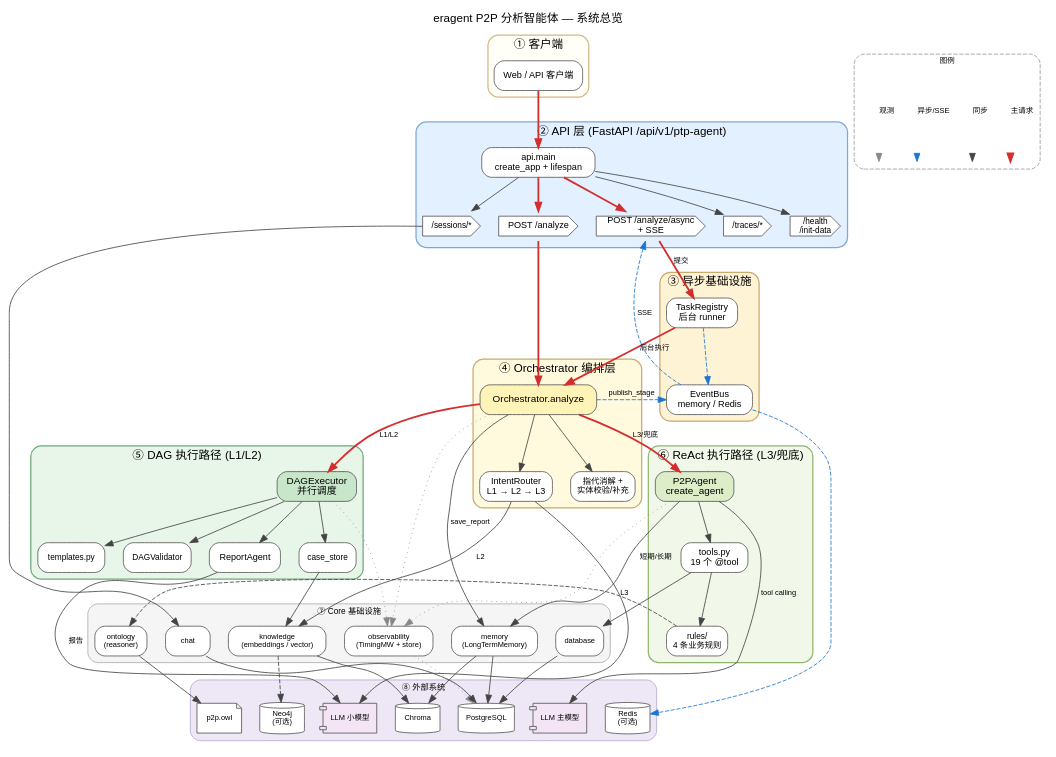
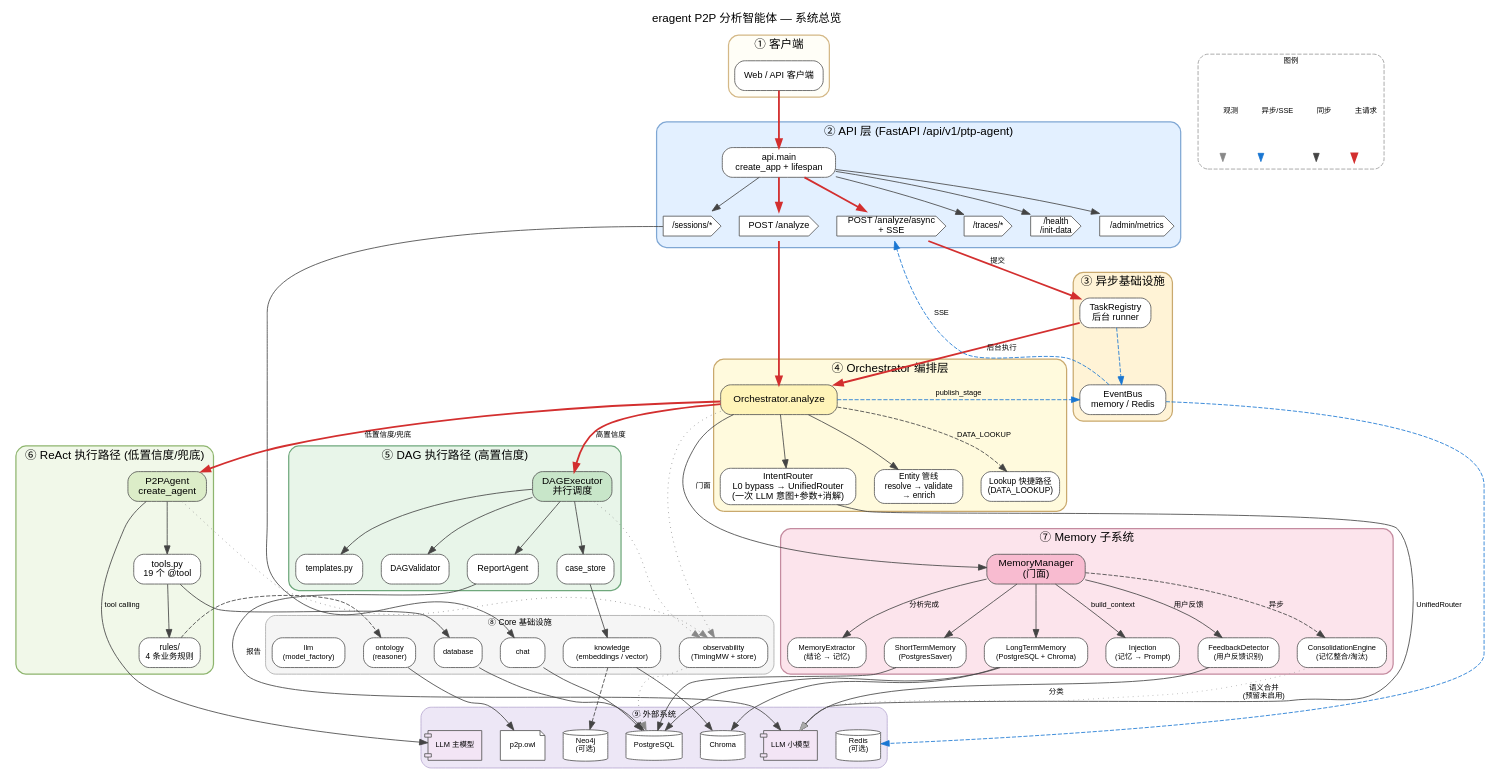
The diagram in docs/architecture/arch_overview.dot (pan817/eragent), drawn with Graphviz before and after one commit. The commit also changed 24 other files, not shown here.

```diff
--- a/docs/architecture/arch_overview.dot
+++ b/docs/architecture/arch_overview.dot
@@ -29,6 +29,7 @@
         api_sessions   [label="/sessions/*", shape=cds];
         api_traces     [label="/traces/*", shape=cds];
         api_health     [label="/health\n/init-data", shape=cds];
+        api_metrics    [label="/admin/metrics", shape=cds];
     }
 
     // ── ③ 异步基础设施 ─────────────────────────────────────────
@@ -44,13 +45,14 @@
         label="④ Orchestrator 编排层"; penwidth=1.5;
         style="rounded,filled"; fillcolor="#FFFADD"; color="#C9A96E";
         orch_core    [label="Orchestrator.analyze", shape=box, fontsize=12, fillcolor="#FFF4B8"];
-        orch_router  [label="IntentRouter\nL1 → L2 → L3", shape=box, fontsize=11];
-        orch_refres  [label="指代消解 +\n实体校验/补充", shape=box];
+        orch_router  [label="IntentRouter\nL0 bypass → UnifiedRouter\n(一次 LLM 意图+参数+消解)", shape=box, fontsize=11];
+        orch_entity  [label="Entity 管线\nresolve → validate\n→ enrich", shape=box];
+        orch_lookup  [label="Lookup 快捷路径\n(DATA_LOOKUP)", shape=box];
     }
 
     // ── ⑤ DAG 执行路径 ──────────────────────────────────────────
     subgraph cluster_dag {
-        label="⑤ DAG 执行路径 (L1/L2)"; penwidth=1.5;
+        label="⑤ DAG 执行路径 (高置信度)"; penwidth=1.5;
         style="rounded,filled"; fillcolor="#E8F5E9"; color="#6FA87C";
         dag_executor   [label="DAGExecutor\n并行调度", shape=box, fontsize=12, fillcolor="#C8E6C9"];
         dag_templates  [label="templates.py", shape=box];
@@ -61,28 +63,41 @@
 
     // ── ⑥ ReAct 执行路径 ────────────────────────────────────────
     subgraph cluster_react {
-        label="⑥ ReAct 执行路径 (L3/兜底)"; penwidth=1.5;
+        label="⑥ ReAct 执行路径 (低置信度/兜底)"; penwidth=1.5;
         style="rounded,filled"; fillcolor="#F1F8E9"; color="#8EB56E";
         react_agent   [label="P2PAgent\ncreate_agent", shape=box, fontsize=12, fillcolor="#DCEDC8"];
         react_tools   [label="tools.py\n19 个 @tool", shape=box, fontsize=11];
         react_rules   [label="rules/\n4 条业务规则", shape=box];
     }
 
-    // ── ⑦ Core 基础设施 ─────────────────────────────────────────
+    // ── ⑦ Memory 子系统 ─────────────────────────────────────────
+    subgraph cluster_memory {
+        label="⑦ Memory 子系统"; penwidth=1.5;
+        style="rounded,filled"; fillcolor="#FCE4EC"; color="#C48B9F";
+        mem_manager    [label="MemoryManager\n(门面)", shape=box, fontsize=12, fillcolor="#F8BBD0"];
+        mem_short      [label="ShortTermMemory\n(PostgresSaver)", shape=box, fontsize=9];
+        mem_long       [label="LongTermMemory\n(PostgreSQL + Chroma)", shape=box, fontsize=9];
+        mem_extractor  [label="MemoryExtractor\n(结论 → 记忆)", shape=box, fontsize=9];
+        mem_feedback   [label="FeedbackDetector\n(用户反馈识别)", shape=box, fontsize=9];
+        mem_consolidation [label="ConsolidationEngine\n(记忆整合/淘汰)", shape=box, fontsize=9];
+        mem_injection  [label="Injection\n(记忆 → Prompt)", shape=box, fontsize=9];
+    }
+
+    // ── ⑧ Core 基础设施 ─────────────────────────────────────────
     subgraph cluster_core {
-        label="⑦ Core 基础设施"; fontsize=10;
+        label="⑧ Core 基础设施"; fontsize=10;
         style="rounded,filled"; fillcolor="#F5F5F5"; color="#AAAAAA";
         core_db        [label="database", shape=box, fontsize=9];
-        core_memory    [label="memory\n(LongTermMemory)", shape=box, fontsize=9];
         core_obs       [label="observability\n(TimingMW + store)", shape=box, fontsize=9];
         core_knowledge [label="knowledge\n(embeddings / vector)", shape=box, fontsize=9];
         core_ontology  [label="ontology\n(reasoner)", shape=box, fontsize=9];
         core_chat      [label="chat", shape=box, fontsize=9];
+        core_llm       [label="llm\n(model_factory)", shape=box, fontsize=9];
     }
 
-    // ── ⑧ 外部系统 ─────────────────────────────────────────────
+    // ── ⑨ 外部系统 ─────────────────────────────────────────────
     subgraph cluster_ext {
-        label="⑧ 外部系统"; fontsize=10;
+        label="⑨ 外部系统"; fontsize=10;
         style="rounded,filled"; fillcolor="#EDE7F6"; color="#B8A9D1";
         ext_pg        [label="PostgreSQL", shape=cylinder, fontsize=9];
         ext_redis     [label="Redis\n(可选)", shape=cylinder, fontsize=9];
@@ -118,15 +133,17 @@
     api_app     -> api_sessions   [color="#444444"];
     api_app     -> api_traces     [color="#444444"];
     api_app     -> api_health     [color="#444444"];
+    api_app     -> api_metrics    [color="#444444"];
     api_analyze -> orch_core      [color="#D32F2F", penwidth=2.2, weight=10];
     api_async   -> async_registry [color="#D32F2F", penwidth=2.2, weight=5, label="提交"];
     async_registry -> orch_core   [color="#D32F2F", penwidth=2.2, weight=5, label="后台执行"];
-    orch_core   -> dag_executor   [color="#D32F2F", penwidth=2.2, weight=8, label="L1/L2"];
-    orch_core   -> react_agent    [color="#D32F2F", penwidth=2.2, weight=8, label="L3/兜底"];
+    orch_core   -> dag_executor   [color="#D32F2F", penwidth=2.2, weight=8, label="高置信度"];
+    orch_core   -> react_agent    [color="#D32F2F", penwidth=2.2, weight=8, label="低置信度/兜底"];
 
     // Orchestrator 内部
     orch_core -> orch_router [color="#444444"];
-    orch_core -> orch_refres [color="#444444"];
+    orch_core -> orch_entity [color="#444444"];
+    orch_core -> orch_lookup [color="#444444", style="dashed", label="DATA_LOOKUP"];
 
     // DAG 内部
     dag_executor -> dag_templates [color="#444444"];
@@ -138,14 +155,21 @@
     react_agent -> react_tools [color="#444444"];
     react_tools -> react_rules [color="#444444"];
 
-    // 执行层 → Core (让 dot 自然把 core 拉到下方)
+    // Orchestrator → Memory 子系统
+    orch_core    -> mem_manager    [color="#444444", label="门面"];
+    mem_manager  -> mem_short      [color="#444444"];
+    mem_manager  -> mem_long       [color="#444444"];
+    mem_manager  -> mem_extractor  [color="#444444", label="分析完成"];
+    mem_manager  -> mem_feedback   [color="#444444", label="用户反馈"];
+    mem_manager  -> mem_consolidation [color="#444444", style="dashed", label="异步"];
+    mem_manager  -> mem_injection  [color="#444444", label="build_context"];
+
+    // 执行层 → Core
     react_tools  -> core_db        [color="#444444"];
-    react_agent  -> core_memory    [color="#444444", label="短期/长期"];
-    orch_core    -> core_memory    [color="#444444", label="save_report"];
     orch_core    -> core_obs       [color="#888888", style="dotted"];
     dag_executor -> core_obs       [color="#888888", style="dotted"];
     react_agent  -> core_obs       [color="#888888", style="dotted"];
-    orch_router  -> core_knowledge [color="#444444", label="L2"];
+    // orch_router 不再使用 L2 Chroma（已由 UnifiedRouter 替代）
     dag_casestore -> core_knowledge [color="#444444"];
     react_rules  -> core_ontology  [color="#444444", style="dashed"];
     api_sessions -> core_chat      [color="#444444"];
@@ -155,10 +179,15 @@
     orch_core      -> async_bus [color="#1976D2", style="dashed", label="publish_stage"];
     async_bus      -> api_async [color="#1976D2", style="dashed", label="SSE"];
 
-    // Core → 外部 (让 dot 把 ext 进一步推到最底)
+    // Memory → 外部
+    mem_long       -> ext_pg     [color="#444444"];
+    mem_long       -> ext_chroma [color="#444444"];
+    mem_short      -> ext_pg     [color="#444444"];
+    mem_feedback   -> ext_llm_fast [color="#444444", label="分类"];
+    mem_consolidation -> ext_llm_fast [color="#AAAAAA", style="dotted", label="语义合并\n(预留未启用)"];
+
+    // Core → 外部
     core_db        -> ext_pg     [color="#444444"];
-    core_memory    -> ext_pg     [color="#444444"];
-    core_memory    -> ext_chroma [color="#444444"];
     core_obs       -> ext_pg     [color="#888888", style="dotted"];
     core_knowledge -> ext_chroma [color="#444444"];
     core_knowledge -> ext_neo4j  [color="#444444", style="dashed"];
@@ -169,5 +198,5 @@
     // LLM (直接到外部 LLM 组件)
     react_agent -> ext_llm_main [color="#444444", label="tool calling"];
     dag_report  -> ext_llm_fast [color="#444444", label="报告"];
-    orch_router -> ext_llm_fast [color="#444444", label="L3"];
+    orch_router -> ext_llm_fast [color="#444444", label="UnifiedRouter"];
 }
```
